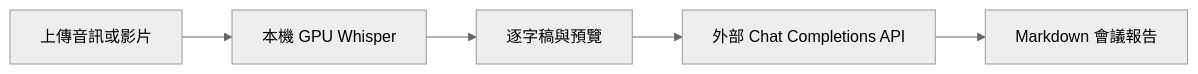
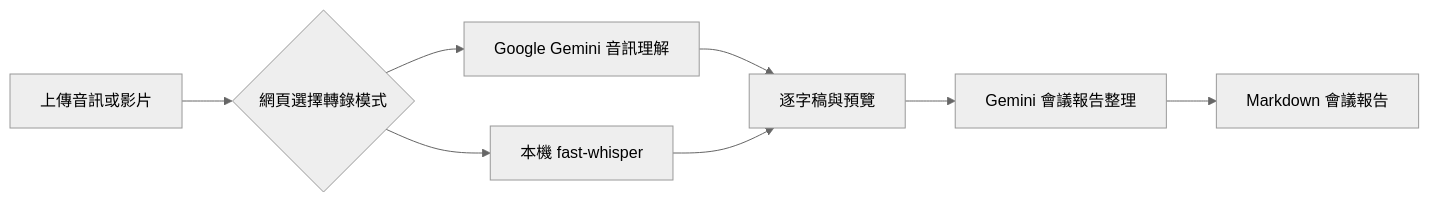
One commit to Daniel-LoCY/meeting-report changed the diagram in README.md. Above: the diagram before and after it, drawn with Mermaid (neutral theme). The commit also changed other lines of this file and 11 other files, not shown here.

Commit message:
feat(meeting): migrate audio processing to Gemini API

````diff
--- a/README.md
+++ b/README.md
@@ -7,7 +7,10 @@
 ```mermaid
 flowchart LR
-    A[上傳音訊或影片] --> B[本機 GPU Whisper]
-    B --> C[逐字稿與預覽]
-    C --> D[外部 Chat Completions API]
-    D --> E[Markdown 會議報告]
+    A[上傳音訊或影片] --> B{網頁選擇轉錄模式}
+    B --> C[Google Gemini 音訊理解]
+    B --> D[本機 fast-whisper]
+    C --> E[逐字稿與預覽]
+    D --> E
+    E --> F[Gemini 會議報告整理]
+    F --> G[Markdown 會議報告]
 ```
````
